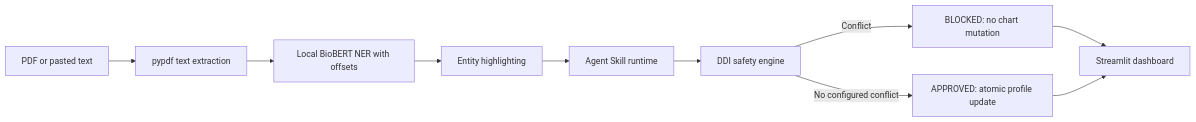
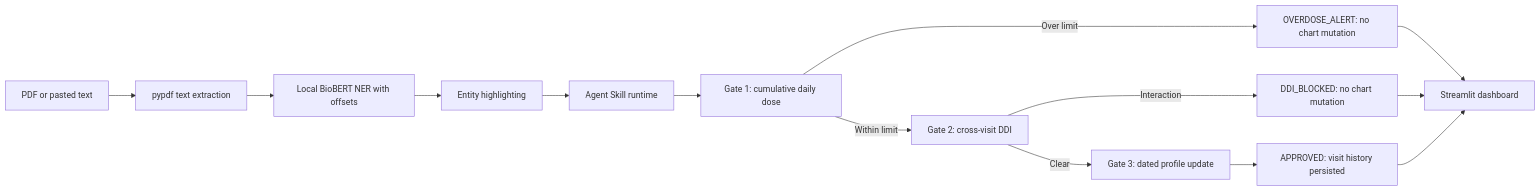
The diagram in README.md (Animesh-Maiti/MedHistory), drawn with Mermaid before and after one commit. The commit also changed other lines of this file and 17 other files, not shown here.

Commit message:
chore(release): complete MedHistory clinical safety agent for hackathon submission

````diff
--- a/README.md
+++ b/README.md
@@ -19,12 +24,16 @@
 ```mermaid
 flowchart LR
     A[PDF or pasted text] --> B[pypdf text extraction]
     B --> C[Local BioBERT NER with offsets]
     C --> D[Entity highlighting]
     D --> E[Agent Skill runtime]
-    E --> F[DDI safety engine]
-    F -->|Conflict| G[BLOCKED: no chart mutation]
-    F -->|No configured conflict| H[APPROVED: atomic profile update]
-    G --> I[Streamlit dashboard]
-    H --> I
+    E --> F[Gate 1: cumulative daily dose]
+    F -->|Over limit| G[OVERDOSE_ALERT: no chart mutation]
+    F -->|Within limit| H[Gate 2: cross-visit DDI]
+    H -->|Interaction| I[DDI_BLOCKED: no chart mutation]
+    H -->|Clear| J[Gate 3: dated profile update]
+    J --> K[APPROVED: visit history persisted]
+    G --> L[Streamlit dashboard]
+    I --> L
+    K --> L
 ```
````
